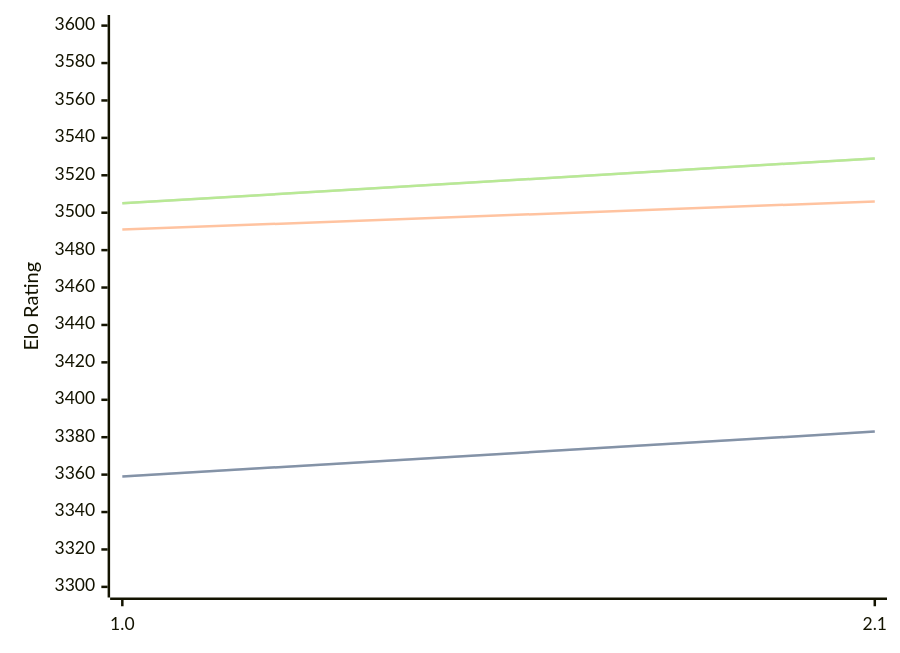
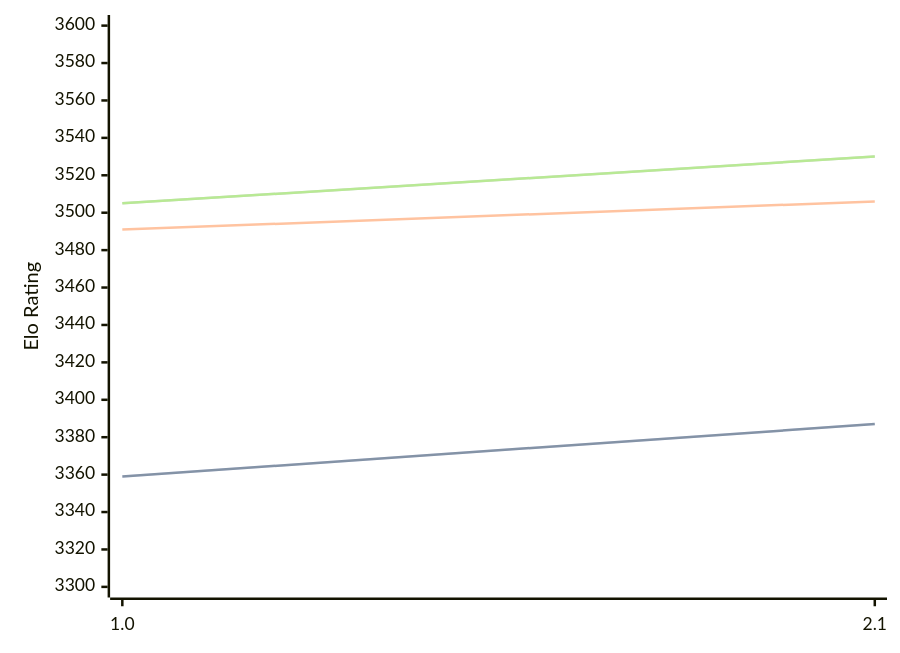
Before and after one commit to computer-chess-index/cci: the third of 3 diagrams in engines/Hobbes.md, drawn with Mermaid. The commit also changed other lines of this file, not shown here.

Commit message:
Update CCI Ratings (ELO VLTC) - 2026-06-30

````diff
--- a/engines/Hobbes.md
+++ b/engines/Hobbes.md
@@ -66,11 +66,11 @@
 ```mermaid
 %%{init: {"theme":"base","themeVariables":{"seriesColors:['#a3a3a3','#222221','#faa371']}}}%%
 xychart-beta
   x-axis ["1.0", "2.1"]
   y-axis "Elo Rating" 3300 --> 3600
-  line "STC (8.0+0.08s)" [3359, 3383]
-  line "STC (8.0+0.08s)" [3359, 3383]
+  line "STC (8.0+0.08s)" [3359, 3387]
+  line "STC (8.0+0.08s)" [3359, 3387]
   line "LTC (60.0+0.60s)" [3491, 3506]
-  line "VLTC (2m24s+1.12s)" [3505, 3529]
-  line "VLTC (2m24s+1.12s)" [3505, 3529]
+  line "VLTC (2m24s+1.12s)" [3505, 3530]
+  line "VLTC (2m24s+1.12s)" [3505, 3530]
 ```
````
